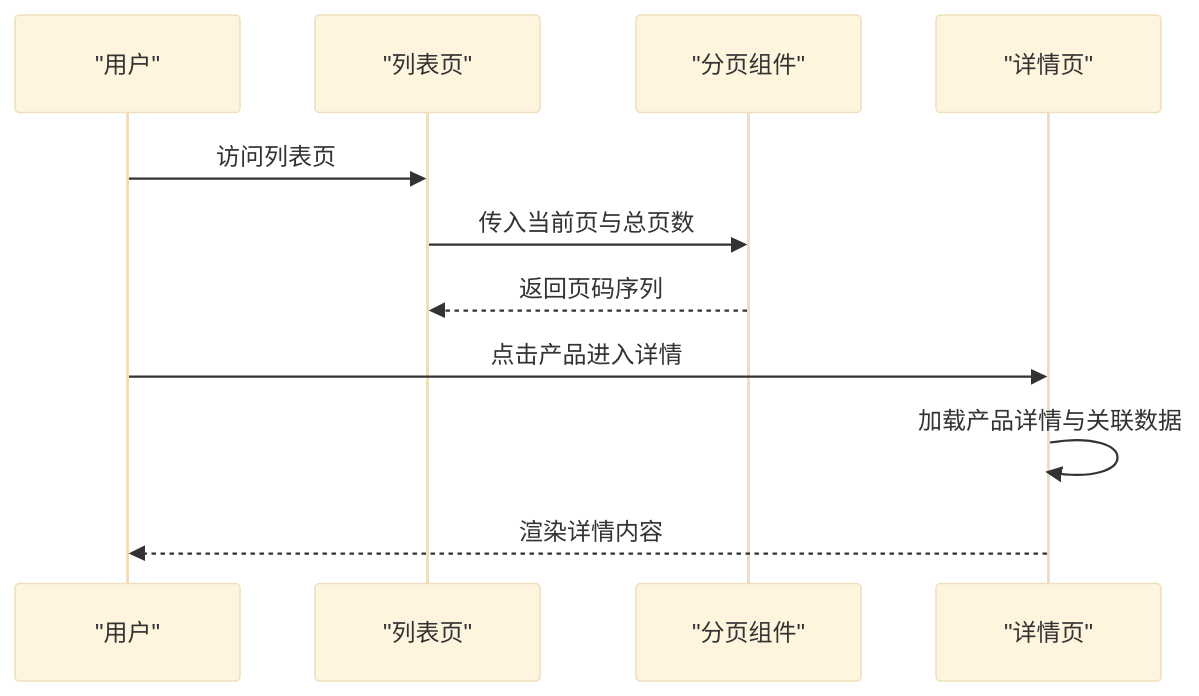
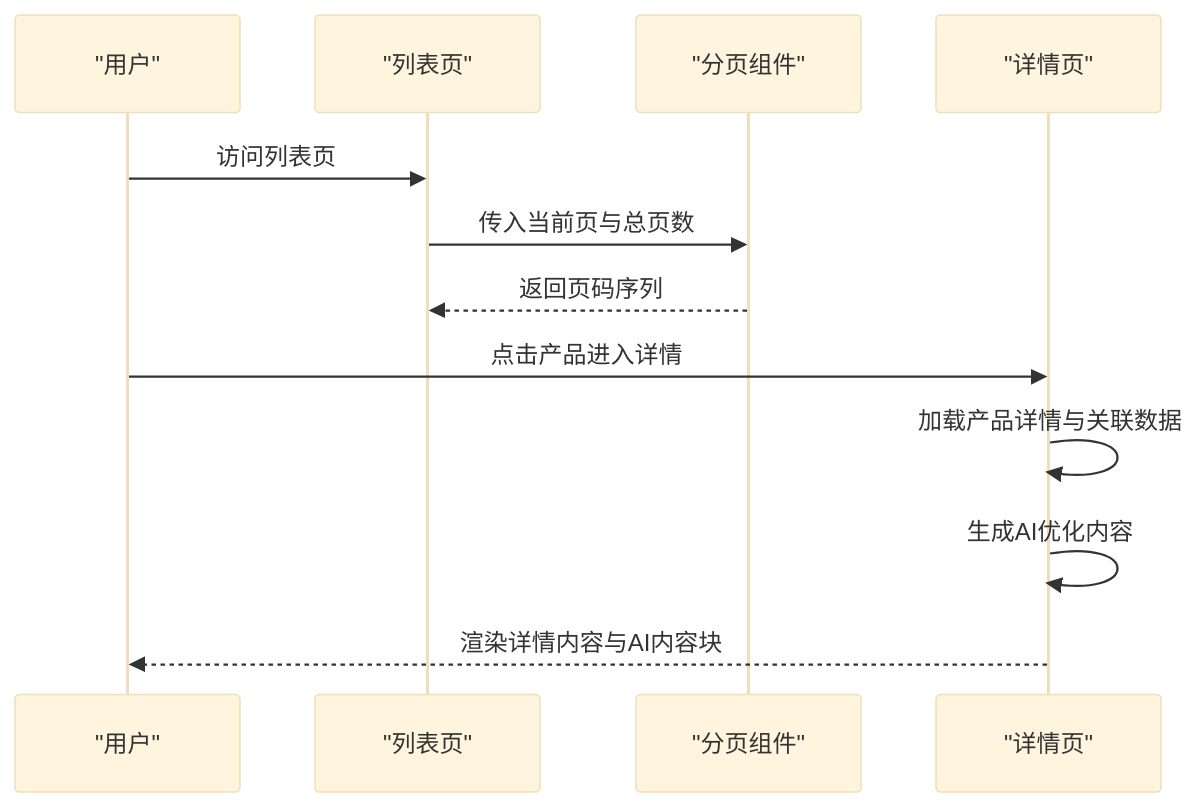
One commit to waltzhan/LEDTrade changed the fifth of 7 diagrams in .qoder/repowiki/zh/content/产品管理系统/产品管理系统.md. Above: the diagram before and after it, drawn with Mermaid (base theme). The commit also changed other lines of this file and 20 other files, not shown here.

````diff
--- a/.qoder/repowiki/zh/content/产品管理系统/产品管理系统.md
+++ b/.qoder/repowiki/zh/content/产品管理系统/产品管理系统.md
@@ -230,13 +277,14 @@
 ```mermaid
 sequenceDiagram
 participant U as "用户"
 participant L as "列表页"
 participant P as "分页组件"
 participant D as "详情页"
 U->>L : 访问列表页
 L->>P : 传入当前页与总页数
 P-->>L : 返回页码序列
 U->>D : 点击产品进入详情
 D->>D : 加载产品详情与关联数据
-D-->>U : 渲染详情内容
+D->>D : 生成AI优化内容
+D-->>U : 渲染详情内容与AI内容块
 ```
````
